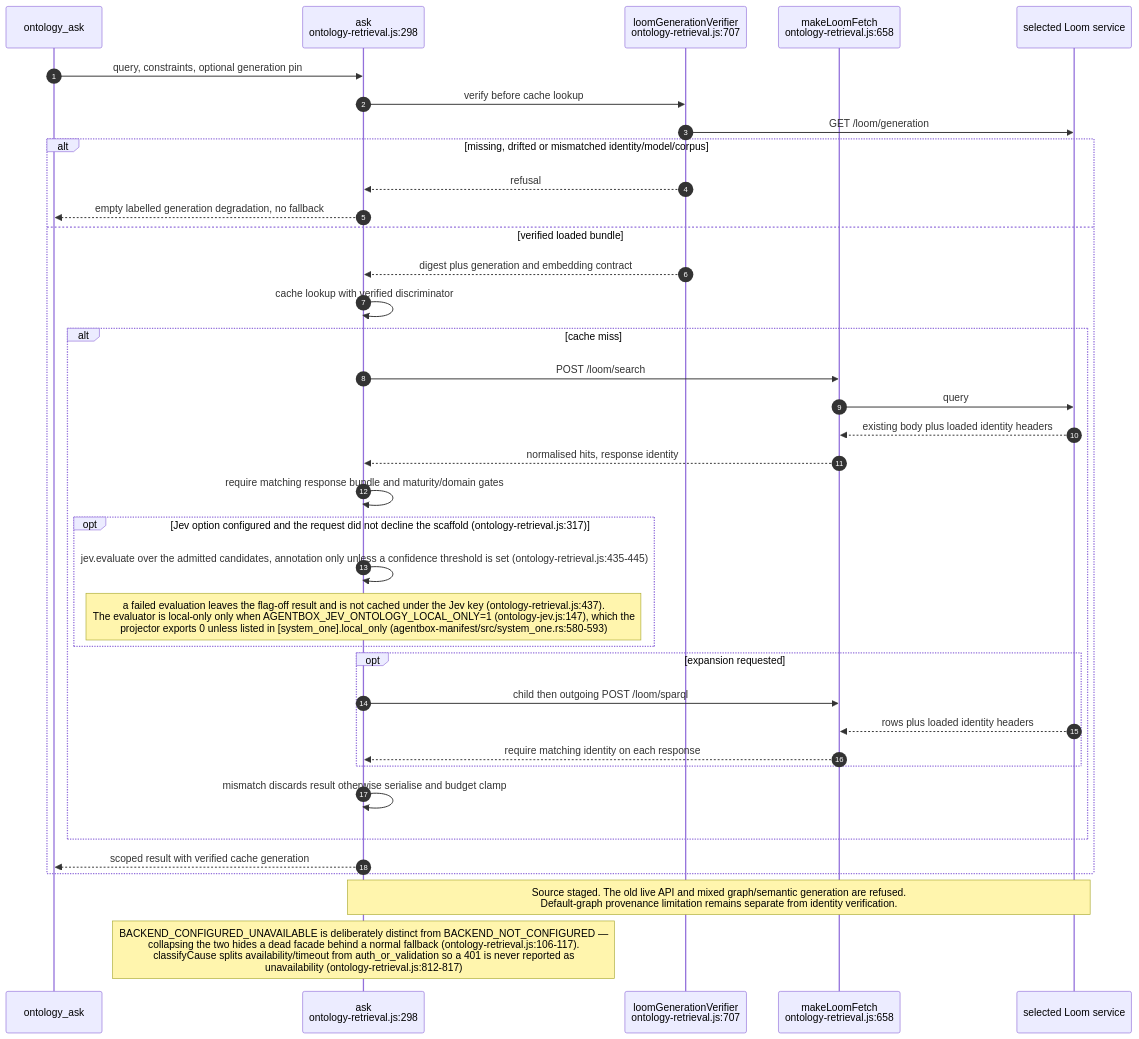
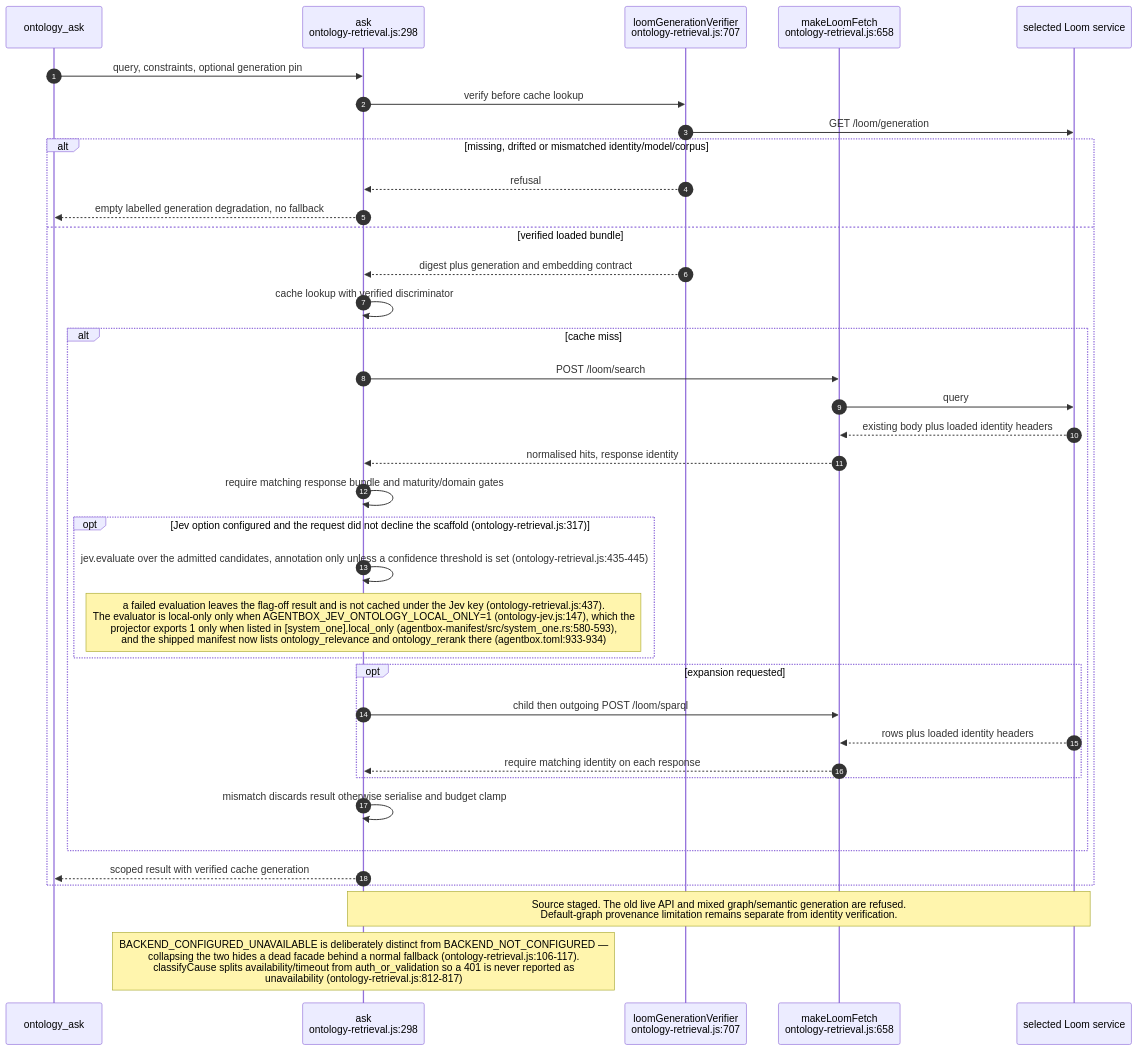
Before and after one commit to DreamLab-AI/VisionFlow: the third of 14 diagrams in docs/diagrams/agentbox/24-loom-facade.md, drawn with Mermaid. The commit also changed other lines of this file and 7 other files, not shown here.

````diff
--- a/docs/diagrams/agentbox/24-loom-facade.md
+++ b/docs/diagrams/agentbox/24-loom-facade.md
@@ -134,39 +134,39 @@
 ```mermaid
 sequenceDiagram
     autonumber
     participant CALL as ontology_ask
     participant ASK as ask<br/>ontology-retrieval.js:298
     participant VERIFY as loomGenerationVerifier<br/>ontology-retrieval.js:707
     participant FETCH as makeLoomFetch<br/>ontology-retrieval.js:658
     participant LOOM as selected Loom service
     CALL->>ASK: query, constraints, optional generation pin
     ASK->>VERIFY: verify before cache lookup
     VERIFY->>LOOM: GET /loom/generation
     alt missing, drifted or mismatched identity/model/corpus
         VERIFY-->>ASK: refusal
         ASK-->>CALL: empty labelled generation degradation, no fallback
     else verified loaded bundle
         VERIFY-->>ASK: digest plus generation and embedding contract
         ASK->>ASK: cache lookup with verified discriminator
         alt cache miss
             ASK->>FETCH: POST /loom/search
             FETCH->>LOOM: query
             LOOM-->>FETCH: existing body plus loaded identity headers
             FETCH-->>ASK: normalised hits, response identity
             ASK->>ASK: require matching response bundle and maturity/domain gates
             opt Jev option configured and the request did not decline the scaffold (ontology-retrieval.js:317)
                 ASK->>ASK: jev.evaluate over the admitted candidates, annotation only unless a confidence threshold is set (ontology-retrieval.js:435-445)
-                Note over ASK: a failed evaluation leaves the flag-off result and is not cached under the Jev key (ontology-retrieval.js:437).<br/>The evaluator is local-only only when AGENTBOX_JEV_ONTOLOGY_LOCAL_ONLY=1 (ontology-jev.js:147), which the<br/>projector exports 0 unless listed in [system_one].local_only (agentbox-manifest/src/system_one.rs:580-593)
+                Note over ASK: a failed evaluation leaves the flag-off result and is not cached under the Jev key (ontology-retrieval.js:437).<br/>The evaluator is local-only only when AGENTBOX_JEV_ONTOLOGY_LOCAL_ONLY=1 (ontology-jev.js:147), which the<br/>projector exports 1 only when listed in [system_one].local_only (agentbox-manifest/src/system_one.rs:580-593),<br/>and the shipped manifest now lists ontology_relevance and ontology_rerank there (agentbox.toml:933-934)
             end
             opt expansion requested
                 ASK->>FETCH: child then outgoing POST /loom/sparql
                 LOOM-->>FETCH: rows plus loaded identity headers
                 FETCH-->>ASK: require matching identity on each response
             end
             ASK->>ASK: mismatch discards result otherwise serialise and budget clamp
         end
         ASK-->>CALL: scoped result with verified cache generation
     end
     Note over ASK,LOOM: Source staged. The old live API and mixed graph/semantic generation are refused.<br/>Default-graph provenance limitation remains separate from identity verification.
     Note over ASK: BACKEND_CONFIGURED_UNAVAILABLE is deliberately distinct from BACKEND_NOT_CONFIGURED —<br/>collapsing the two hides a dead facade behind a normal fallback (ontology-retrieval.js:106-117).<br/>classifyCause splits availability/timeout from auth_or_validation so a 401 is never reported as<br/>unavailability (ontology-retrieval.js:812-817)
 ```
````
